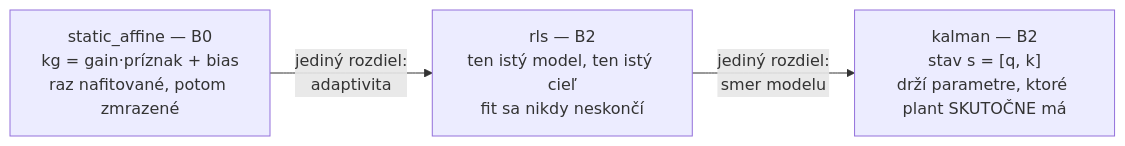
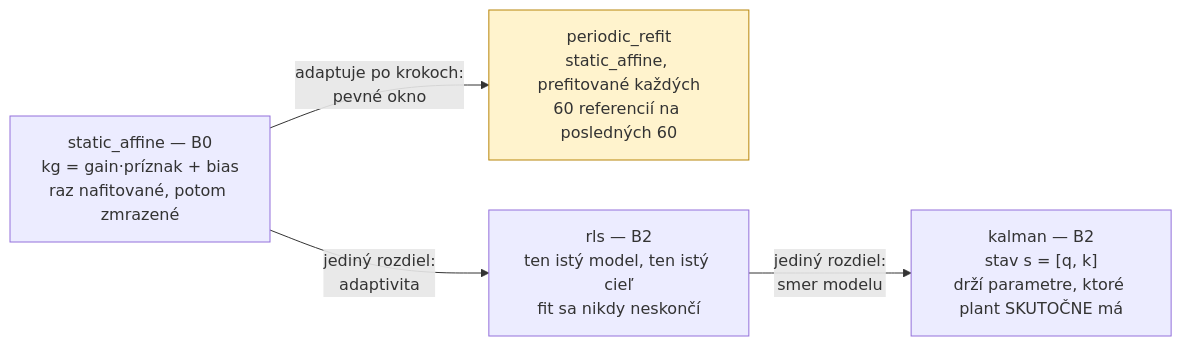
The fourth of 6 diagrams in docs/simulacia-sk.md (martin-hanzely/wim-sim), drawn with Mermaid before and after one commit. The commit also changed other lines of this file and 10 other files, not shown here.

First line of the commit message:
Docs: the revision in English and Slovak, with diagrams

````diff
--- a/docs/simulacia-sk.md
+++ b/docs/simulacia-sk.md
@@ -267,9 +268,13 @@
 ```mermaid
 flowchart LR
     SA["static_affine — B0<br/>kg = gain·príznak + bias<br/>raz nafitované, potom zmrazené"]
+    PR["periodic_refit<br/>static_affine, prefitované každých<br/>60 referencií na posledných 60"]
     RLS["rls — B2<br/>ten istý model, ten istý cieľ<br/>fit sa nikdy neskončí"]
     KAL["kalman — B2<br/>stav s = [q, k]<br/>drží parametre, ktoré plant SKUTOČNE má"]
 
+    SA -->|"adaptuje po krokoch:<br/>pevné okno"| PR
     SA -->|"jediný rozdiel:<br/>adaptivita"| RLS
     RLS -->|"jediný rozdiel:<br/>smer modelu"| KAL
+
+    style PR fill:#fff3cd,stroke:#b8860b
 ```
````
